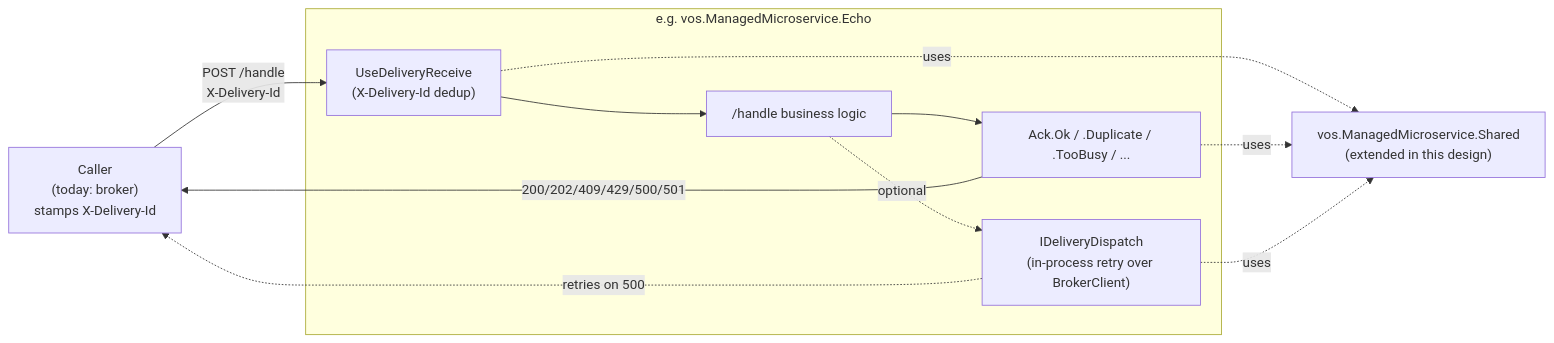
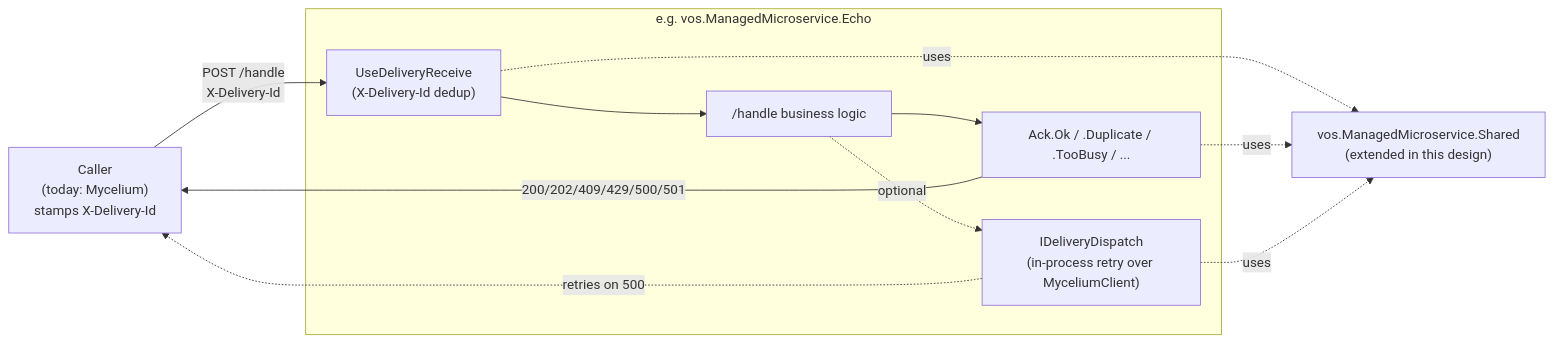
The diagram in docs/FUTURE_ARCHITECTURE.md (ReGen-Villages/VillageOS-API), drawn with Mermaid before and after one commit. The commit also changed other lines of this file and 151 other files, not shown here.

First line of the commit message:
Rename Broker → Mycelium (gateway) across Taproot, Trellis, microservices

````diff
--- a/docs/FUTURE_ARCHITECTURE.md
+++ b/docs/FUTURE_ARCHITECTURE.md
@@ -270,20 +270,20 @@
 ```mermaid
 flowchart LR
-  caller["Caller<br/>(today: broker)<br/>stamps X-Delivery-Id"]
+  caller["Caller<br/>(today: Mycelium)<br/>stamps X-Delivery-Id"]
   subgraph svc["e.g. vos.ManagedMicroservice.Echo"]
     mw["UseDeliveryReceive<br/>(X-Delivery-Id dedup)"]
     h["/handle business logic"]
     ack["Ack.Ok / .Duplicate / .TooBusy / ..."]
-    out["IDeliveryDispatch<br/>(in-process retry over BrokerClient)"]
+    out["IDeliveryDispatch<br/>(in-process retry over MyceliumClient)"]
   end
   shared["vos.ManagedMicroservice.Shared<br/>(extended in this design)"]
   caller -- POST /handle<br/>X-Delivery-Id --> mw
   mw --> h
   h --> ack
   ack -- 200/202/409/429/500/501 --> caller
   h -.optional.-> out
   out -.retries on 500.-> caller
   mw -.uses.-> shared
   ack -.uses.-> shared
   out -.uses.-> shared
 ```
````
